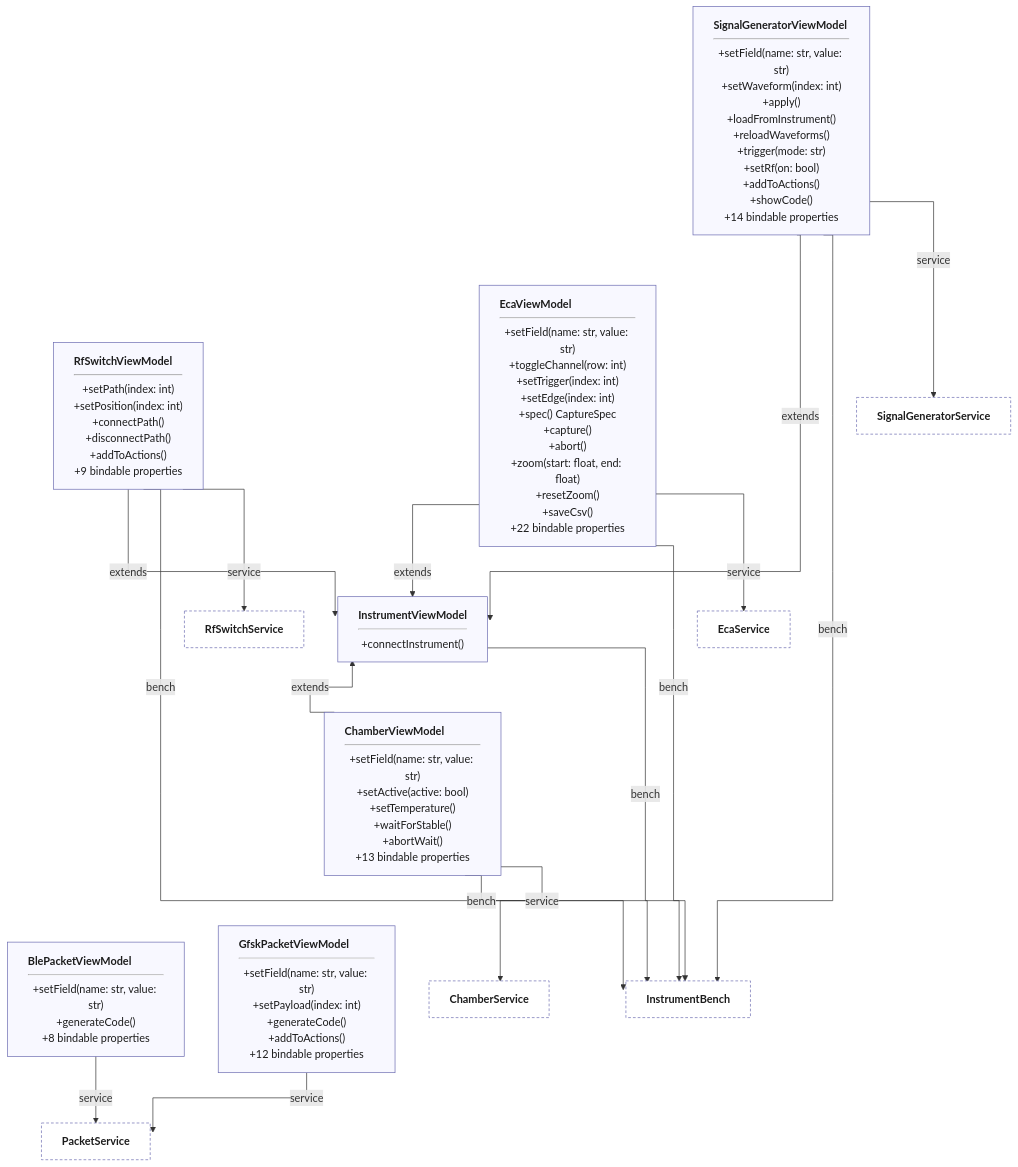
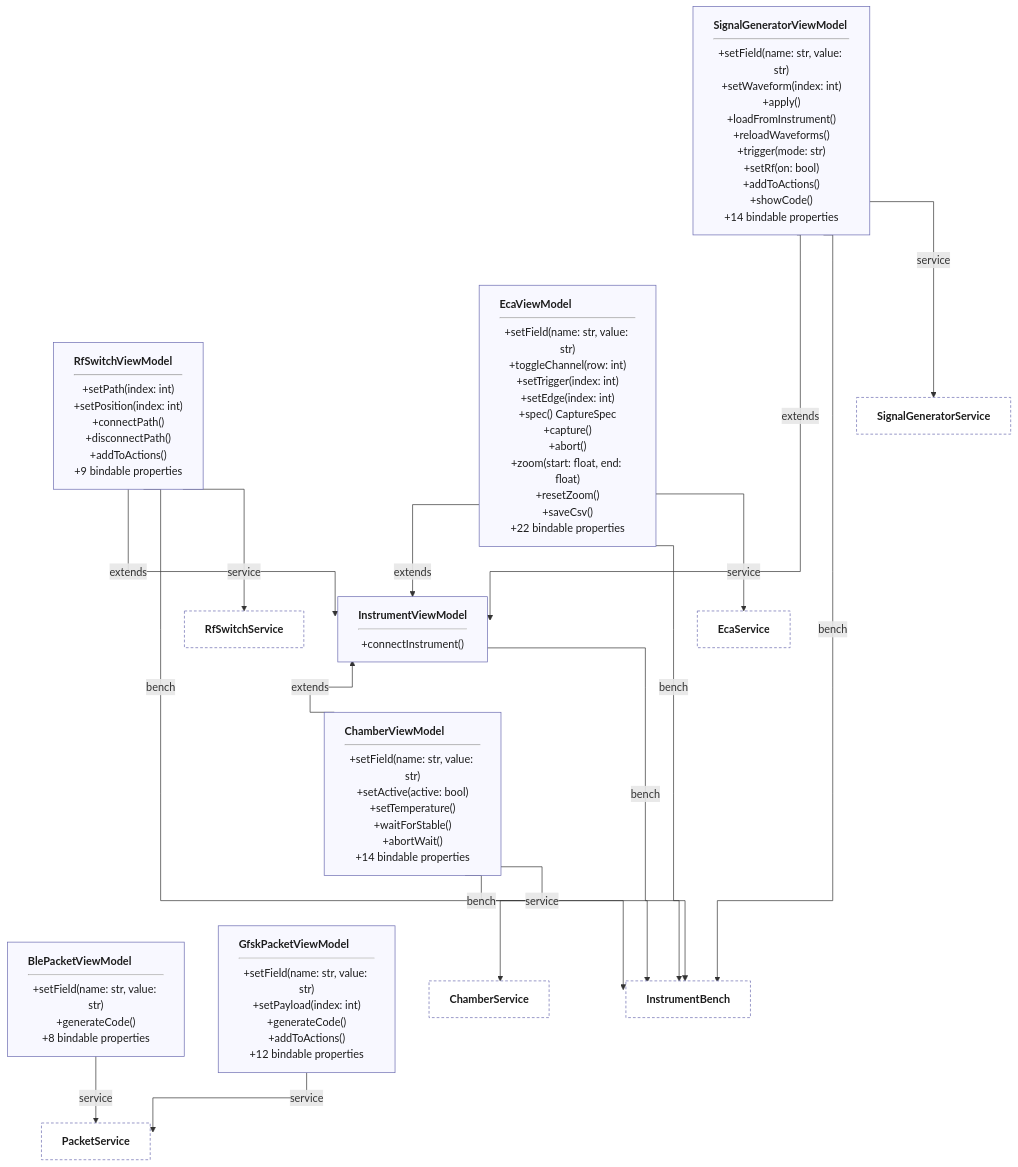
One commit to ShoyonK/sample_ui changed diagram 19 of 30 in docs/ARCHITECTURE.md. Above: the diagram before and after it, drawn with Mermaid. The commit also changed other lines of this file and 315 other files, not shown here.

````diff
--- a/docs/ARCHITECTURE.md
+++ b/docs/ARCHITECTURE.md
@@ -632,38 +656,38 @@
 ```mermaid
 %%{init: {"flowchart": {"curve": "stepAfter"}}}%%
 flowchart TB
     classDef box text-align:left,fill:#f8f8ff,stroke:#6a6ab0,color:#1c1c1c
     classDef stub fill:#ffffff,stroke:#6a6ab0,stroke-dasharray:4 3,color:#1c1c1c
     InstrumentViewModel["<b>InstrumentViewModel</b><hr/>+connectInstrument()"]:::box
     SignalGeneratorViewModel["<b>SignalGeneratorViewModel</b><hr/>+setField(name: str, value: str)<br/>+setWaveform(index: int)<br/>+apply()<br/>+loadFromInstrument()<br/>+reloadWaveforms()<br/>+trigger(mode: str)<br/>+setRf(on: bool)<br/>+addToActions()<br/>+showCode()<br/>+14 bindable properties"]:::box
     RfSwitchViewModel["<b>RfSwitchViewModel</b><hr/>+setPath(index: int)<br/>+setPosition(index: int)<br/>+connectPath()<br/>+disconnectPath()<br/>+addToActions()<br/>+9 bindable properties"]:::box
-    ChamberViewModel["<b>ChamberViewModel</b><hr/>+setField(name: str, value: str)<br/>+setActive(active: bool)<br/>+setTemperature()<br/>+waitForStable()<br/>+abortWait()<br/>+13 bindable properties"]:::box
+    ChamberViewModel["<b>ChamberViewModel</b><hr/>+setField(name: str, value: str)<br/>+setActive(active: bool)<br/>+setTemperature()<br/>+waitForStable()<br/>+abortWait()<br/>+14 bindable properties"]:::box
     EcaViewModel["<b>EcaViewModel</b><hr/>+setField(name: str, value: str)<br/>+toggleChannel(row: int)<br/>+setTrigger(index: int)<br/>+setEdge(index: int)<br/>+spec() CaptureSpec<br/>+capture()<br/>+abort()<br/>+zoom(start: float, end: float)<br/>+resetZoom()<br/>+saveCsv()<br/>+22 bindable properties"]:::box
     BlePacketViewModel["<b>BlePacketViewModel</b><hr/>+setField(name: str, value: str)<br/>+generateCode()<br/>+8 bindable properties"]:::box
     GfskPacketViewModel["<b>GfskPacketViewModel</b><hr/>+setField(name: str, value: str)<br/>+setPayload(index: int)<br/>+generateCode()<br/>+addToActions()<br/>+12 bindable properties"]:::box
     InstrumentBench["<b>InstrumentBench</b>"]:::stub
     SignalGeneratorService["<b>SignalGeneratorService</b>"]:::stub
     RfSwitchService["<b>RfSwitchService</b>"]:::stub
     ChamberService["<b>ChamberService</b>"]:::stub
     EcaService["<b>EcaService</b>"]:::stub
     PacketService["<b>PacketService</b>"]:::stub
     InstrumentViewModel -->|"bench"| InstrumentBench
     SignalGeneratorViewModel -->|"service"| SignalGeneratorService
     SignalGeneratorViewModel -->|"bench"| InstrumentBench
     RfSwitchViewModel -->|"service"| RfSwitchService
     RfSwitchViewModel -->|"bench"| InstrumentBench
     ChamberViewModel -->|"service"| ChamberService
     ChamberViewModel -->|"bench"| InstrumentBench
     EcaViewModel -->|"service"| EcaService
     EcaViewModel -->|"bench"| InstrumentBench
     BlePacketViewModel -->|"service"| PacketService
     GfskPacketViewModel -->|"service"| PacketService
     SignalGeneratorViewModel -->|"extends"| InstrumentViewModel
     RfSwitchViewModel -->|"extends"| InstrumentViewModel
     ChamberViewModel -->|"extends"| InstrumentViewModel
     EcaViewModel -->|"extends"| InstrumentViewModel
     InstrumentViewModel ~~~ ChamberViewModel
     SignalGeneratorViewModel ~~~ EcaViewModel
     RfSwitchViewModel ~~~ BlePacketViewModel
     ChamberViewModel ~~~ GfskPacketViewModel
 ```
````
